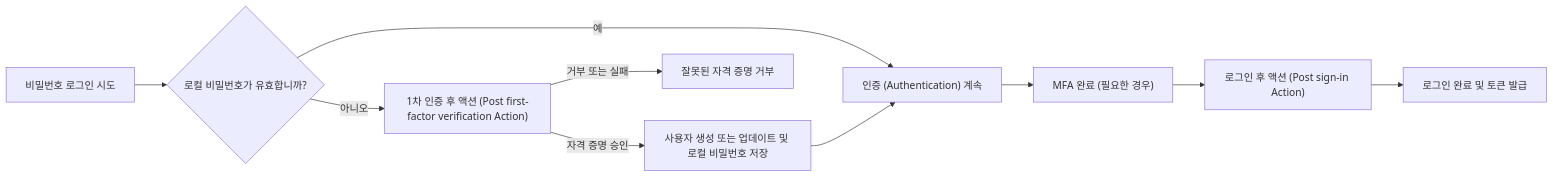
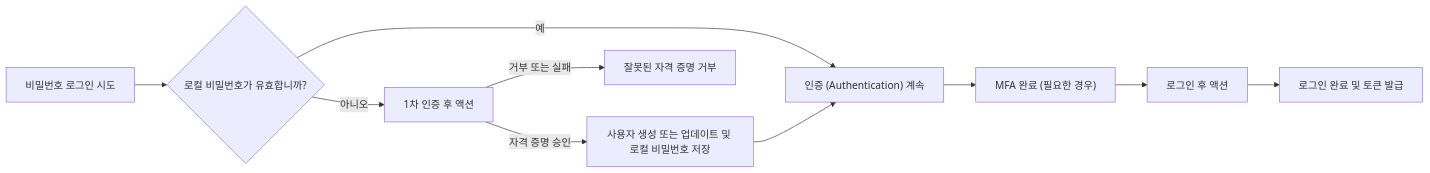
The diagram in i18n/ko/docusaurus-plugin-content-docs/current/developers/actions/README.mdx (logto-io/docs), drawn with Mermaid before and after one commit. The commit also changed other lines of this file and 26 other files, not shown here.

````diff
--- a/i18n/ko/docusaurus-plugin-content-docs/current/developers/actions/README.mdx
+++ b/i18n/ko/docusaurus-plugin-content-docs/current/developers/actions/README.mdx
@@ -29,13 +29,12 @@
 ```mermaid
 flowchart LR
-  A["비밀번호 로그인 시도"]
-  --> B{"로컬 비밀번호가 유효합니까?"}
+  A["비밀번호 로그인 시도"] --> B{"로컬 비밀번호가 유효합니까?"}
   B -->|"예"| E["인증 (Authentication) 계속"]
-  B -->|"아니오"| C["1차 인증 후 액션 (Post first-factor verification Action)"]
+  B -->|"아니오"| C["1차 인증 후 액션"]
   C -->|"자격 증명 승인"| D["사용자 생성 또는 업데이트 및 로컬 비밀번호 저장"]
   C -->|"거부 또는 실패"| X["잘못된 자격 증명 거부"]
   D --> E
   E --> F["MFA 완료 (필요한 경우)"]
-  F --> G["로그인 후 액션 (Post sign-in Action)"]
+  F --> G["로그인 후 액션"]
   G --> H["로그인 완료 및 토큰 발급"]
 ```
````
